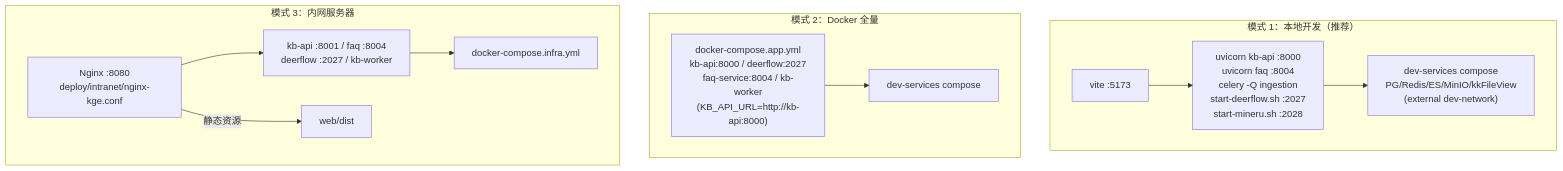
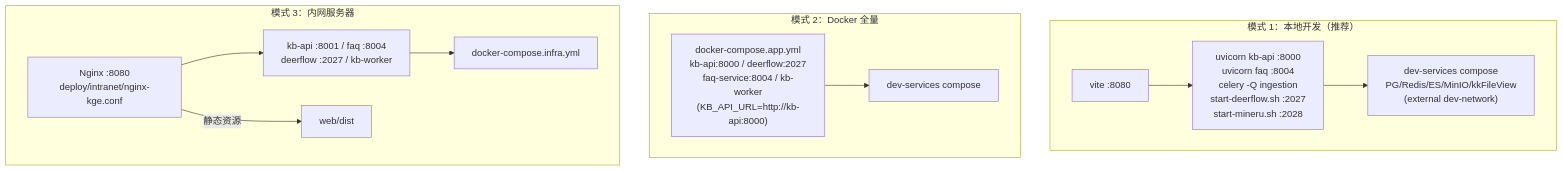
One commit to guanghuajingxin-pixel/knowledge-governance-expert changed the sixth of 6 diagrams in docs/architecture.md. Above: the diagram before and after it, drawn with Mermaid. The commit also changed other lines of this file and 39 other files, not shown here.

````diff
--- a/docs/architecture.md
+++ b/docs/architecture.md
@@ -372,17 +372,17 @@
 ```mermaid
 flowchart TB
     subgraph M1["模式 1：本地开发（推荐）"]
-        V1["vite :5173"] --> A1["uvicorn kb-api :8000<br/>uvicorn faq :8004<br/>celery -Q ingestion<br/>start-deerflow.sh :2027<br/>start-mineru.sh :2028"]
+        V1["vite :8080"] --> A1["uvicorn kb-api :8000<br/>uvicorn faq :8004<br/>celery -Q ingestion<br/>start-deerflow.sh :2027<br/>start-mineru.sh :2028"]
         A1 --> I1["dev-services compose<br/>PG/Redis/ES/MinIO/kkFileView<br/>(external dev-network)"]
     end
 
     subgraph M2["模式 2：Docker 全量"]
         A2["docker-compose.app.yml<br/>kb-api:8000 / deerflow:2027<br/>faq-service:8004 / kb-worker<br/>(KB_API_URL=http://kb-api:8000)"] --> I2["dev-services compose"]
     end
 
     subgraph M3["模式 3：内网服务器"]
         NG["Nginx :8080<br/>deploy/intranet/nginx-kge.conf"] --> A3["kb-api :8001 / faq :8004<br/>deerflow :2027 / kb-worker"]
         A3 --> I3["docker-compose.infra.yml"]
         NG -->|"静态资源"| DIST["web/dist"]
     end
 ```
````
